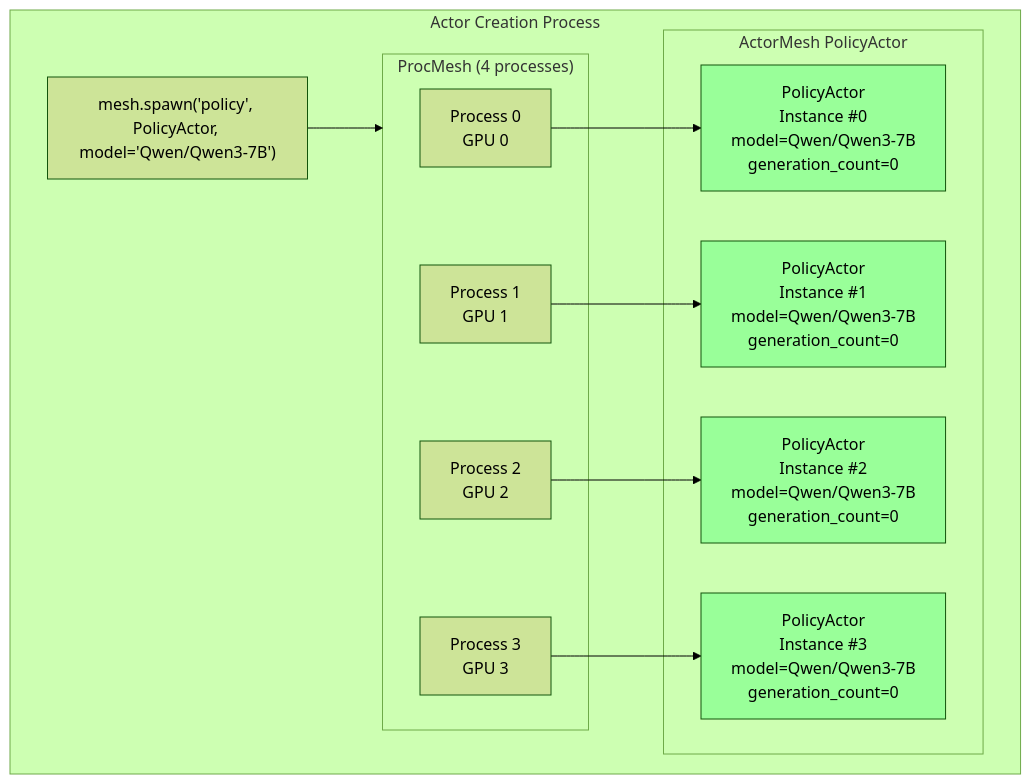
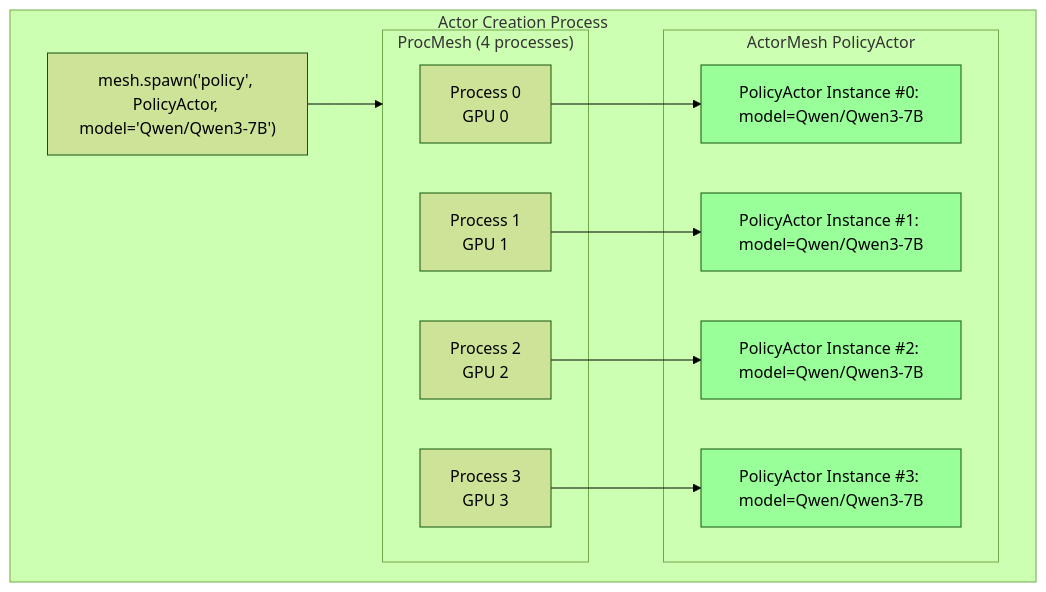
Before and after one commit to meta-pytorch/torchforge: the fourth of 8 diagrams in docs/Tutorials/3_Monarch_101.MD, drawn with Mermaid (forest theme). The commit also changed other lines of this file and 2 other files, not shown here.

````diff
--- a/docs/Tutorials/3_Monarch_101.MD
+++ b/docs/Tutorials/3_Monarch_101.MD
@@ -189,31 +189,31 @@
 ```mermaid
 graph TD
     subgraph Creation["Actor Creation Process"]
         Code["mesh.spawn('policy', PolicyActor, model='Qwen/Qwen3-7B')"]
 
         subgraph ProcMesh["ProcMesh (4 processes)"]
             P0["Process 0<br/>GPU 0"]
             P1["Process 1<br/>GPU 1"]
             P2["Process 2<br/>GPU 2"]
             P3["Process 3<br/>GPU 3"]
         end
 
         subgraph ActorMesh["ActorMesh PolicyActor"]
-            A0["PolicyActor<br/>Instance #0<br/>model=Qwen/Qwen3-7B<br/>generation_count=0"]
-            A1["PolicyActor<br/>Instance #1<br/>model=Qwen/Qwen3-7B<br/>generation_count=0"]
-            A2["PolicyActor<br/>Instance #2<br/>model=Qwen/Qwen3-7B<br/>generation_count=0"]
-            A3["PolicyActor<br/>Instance #3<br/>model=Qwen/Qwen3-7B<br/>generation_count=0"]
+            A0["PolicyActor Instance #0: model=Qwen/Qwen3-7B"]
+            A1["PolicyActor Instance #1: model=Qwen/Qwen3-7B"]
+            A2["PolicyActor Instance #2: model=Qwen/Qwen3-7B"]
+            A3["PolicyActor Instance #3: model=Qwen/Qwen3-7B"]
         end
 
         Code --> ProcMesh
         P0 --> A0
         P1 --> A1
         P2 --> A2
         P3 --> A3
     end
 
     style A0 fill:#99ff99
     style A1 fill:#99ff99
     style A2 fill:#99ff99
     style A3 fill:#99ff99
 ```
````
